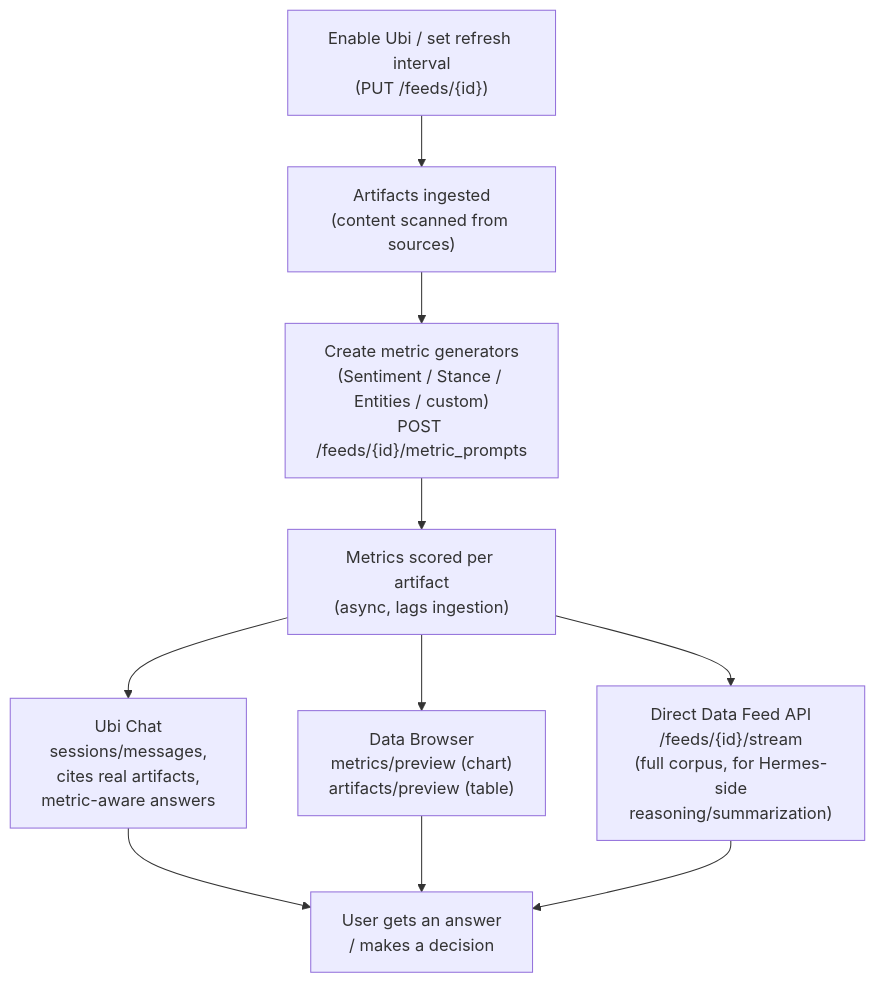
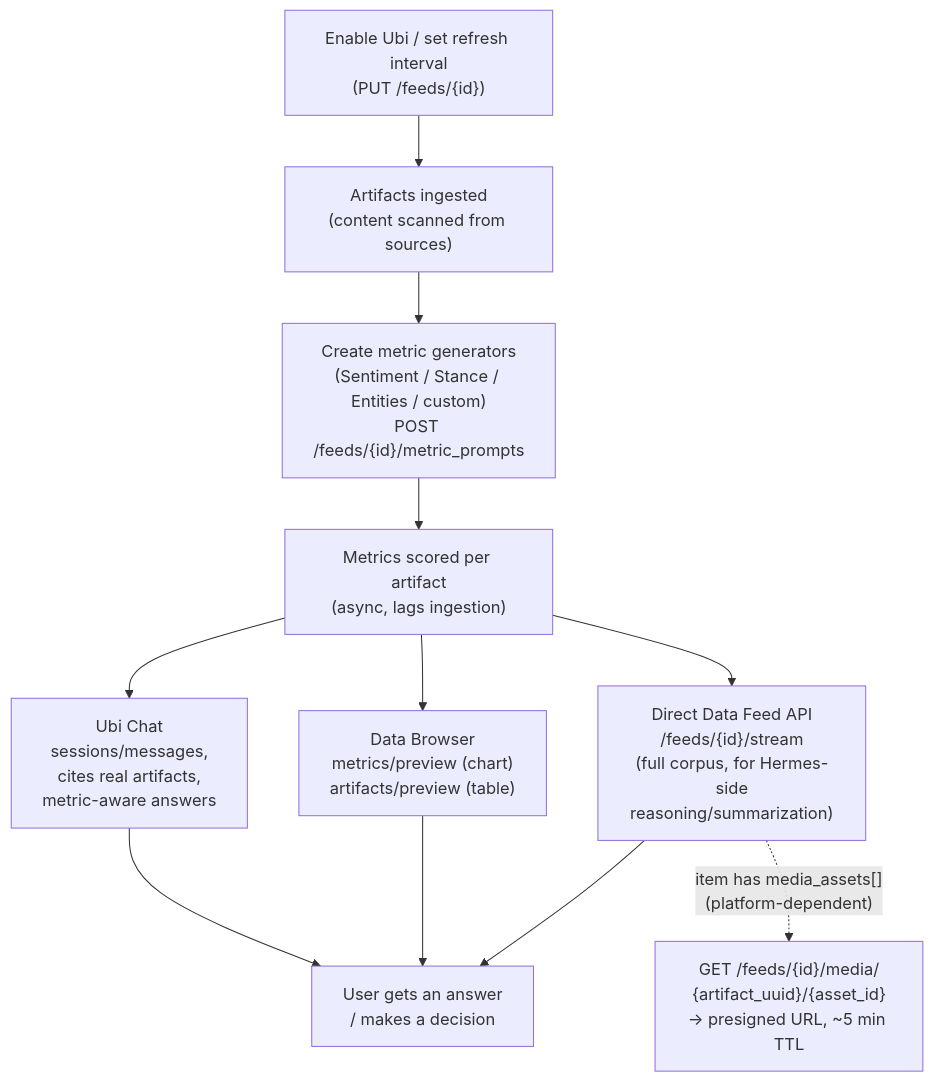
Before and after one commit to FilterLabsAI/ubiquity-skills: the fourth of 7 diagrams in skills/ubiquity-onboarding/references/flowcharts.md, drawn with Mermaid. The commit also changed other lines of this file and 3 other files, not shown here.

First line of the commit message:
Document media_assets stream field and media retrieval endpoint

````diff
--- a/skills/ubiquity-onboarding/references/flowcharts.md
+++ b/skills/ubiquity-onboarding/references/flowcharts.md
@@ -76,10 +76,11 @@
 ```mermaid
 flowchart TD
     A["Enable Ubi / set refresh interval\n(PUT /feeds/{id})"] --> B["Artifacts ingested\n(content scanned from sources)"]
     B --> C["Create metric generators\n(Sentiment / Stance / Entities / custom)\nPOST /feeds/{id}/metric_prompts"]
     C --> D["Metrics scored per artifact\n(async, lags ingestion)"]
     D --> E1["Ubi Chat\nsessions/messages,\ncites real artifacts,\nmetric-aware answers"]
     D --> E2["Data Browser\nmetrics/preview (chart)\nartifacts/preview (table)"]
     D --> E3["Direct Data Feed API\n/feeds/{id}/stream\n(full corpus, for Hermes-side\nreasoning/summarization)"]
+    E3 -.->|"item has media_assets[]\n(platform-dependent)"| E4["GET /feeds/{id}/media/\n{artifact_uuid}/{asset_id}\n-> presigned URL, ~5 min TTL"]
     E1 & E2 & E3 --> F["User gets an answer\n/ makes a decision"]
 ```
````
